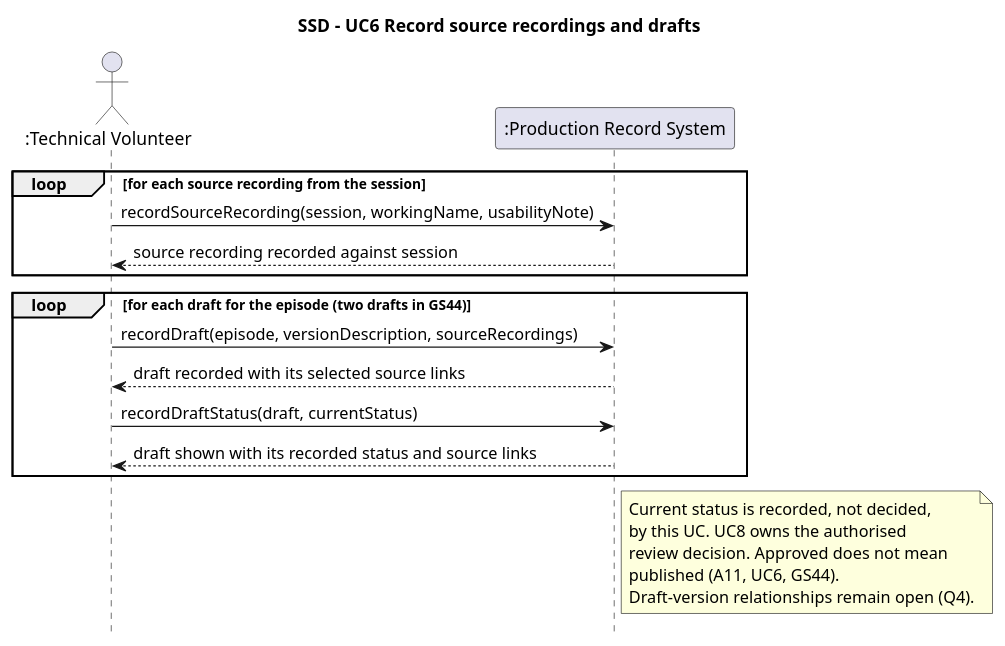
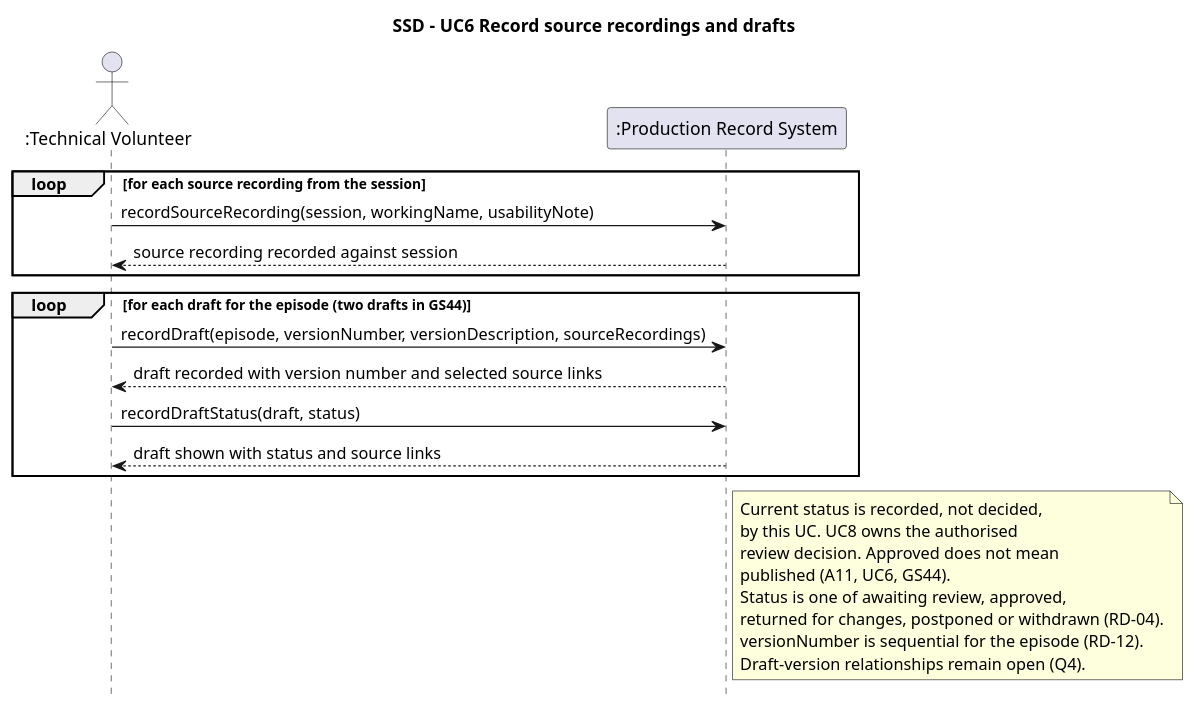
The third of 6 diagrams in CA 2/Individual_Contributions/Implementation_Catalogue/Section_C_Recording_Jack/CA2_Section_C.md (Rani-Wheeza/Local-Podcast-Production-Service), drawn with PlantUML before and after one commit. The commit also changed other lines of this file and 3 other files, not shown here.

````diff
--- a/CA 2/Individual_Contributions/Implementation_Catalogue/Section_C_Recording_Jack/CA2_Section_C.md
+++ b/CA 2/Individual_Contributions/Implementation_Catalogue/Section_C_Recording_Jack/CA2_Section_C.md
@@ -209,30 +209,33 @@
 ```plantuml
 @startuml SSD_UC6_RecordSourcesAndDrafts
 title SSD - UC6 Record source recordings and drafts
 hide footbox
 
 actor ":Technical Volunteer" as TV
 participant ":Production Record System" as S
 
 loop for each source recording from the session
   TV -> S : recordSourceRecording(session, workingName, usabilityNote)
   S --> TV : source recording recorded against session
 end
 
 loop for each draft for the episode (two drafts in GS44)
-  TV -> S : recordDraft(episode, versionDescription, sourceRecordings)
-  S --> TV : draft recorded with its selected source links
+  TV -> S : recordDraft(episode, versionNumber, versionDescription, sourceRecordings)
+  S --> TV : draft recorded with version number and selected source links
 
-  TV -> S : recordDraftStatus(draft, currentStatus)
-  S --> TV : draft shown with its recorded status and source links
+  TV -> S : recordDraftStatus(draft, status)
+  S --> TV : draft shown with status and source links
 end
 
 note right of S
   Current status is recorded, not decided,
   by this UC. UC8 owns the authorised
   review decision. Approved does not mean
   published (A11, UC6, GS44).
+  Status is one of awaiting review, approved,
+  returned for changes, postponed or withdrawn (RD-04).
+  versionNumber is sequential for the episode (RD-12).
   Draft-version relationships remain open (Q4).
 end note
 @enduml
 ```
````
